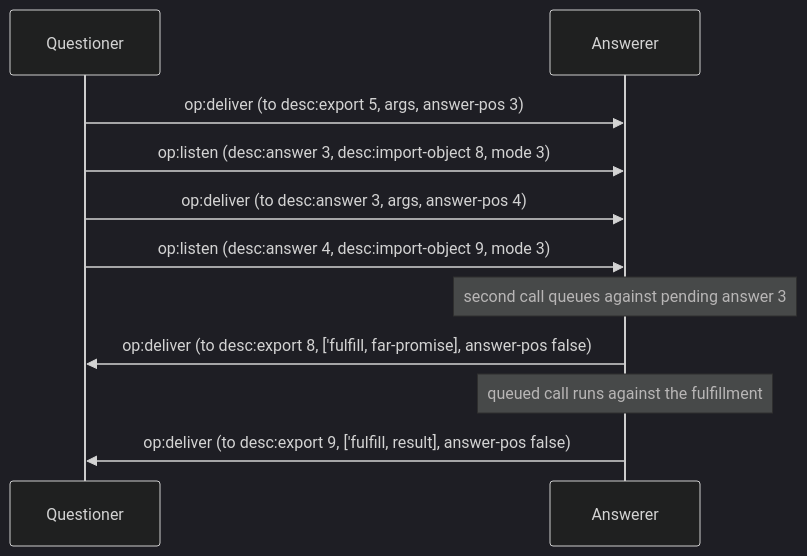
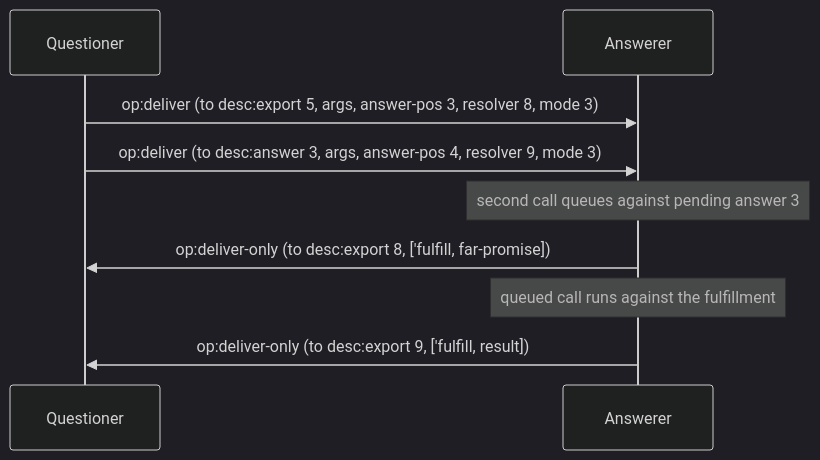
Before and after one commit to glowcap-org/glowcap: the second of 7 diagrams in docs/protocol-diagrams/03-promises-and-pipelining.md, drawn with Mermaid (dark theme). The commit also changed other lines of this file and 371 other files, not shown here.

````diff
--- a/docs/protocol-diagrams/03-promises-and-pipelining.md
+++ b/docs/protocol-diagrams/03-promises-and-pipelining.md
@@ -41,13 +41,11 @@
 ```mermaid
 sequenceDiagram
     participant Q as Questioner
     participant R as Answerer
-    Q->>R: op:deliver (to desc:export 5, args, answer-pos 3)
-    Q->>R: op:listen (desc:answer 3, desc:import-object 8, mode 3)
-    Q->>R: op:deliver (to desc:answer 3, args, answer-pos 4)
-    Q->>R: op:listen (desc:answer 4, desc:import-object 9, mode 3)
+    Q->>R: op:deliver (to desc:export 5, args, answer-pos 3, resolver 8, mode 3)
+    Q->>R: op:deliver (to desc:answer 3, args, answer-pos 4, resolver 9, mode 3)
     Note over R: second call queues against pending answer 3
-    R->>Q: op:deliver (to desc:export 8, ['fulfill, far-promise], answer-pos false)
+    R->>Q: op:deliver-only (to desc:export 8, ['fulfill, far-promise])
     Note over R: queued call runs against the fulfillment
-    R->>Q: op:deliver (to desc:export 9, ['fulfill, result], answer-pos false)
+    R->>Q: op:deliver-only (to desc:export 9, ['fulfill, result])
 ```
````
